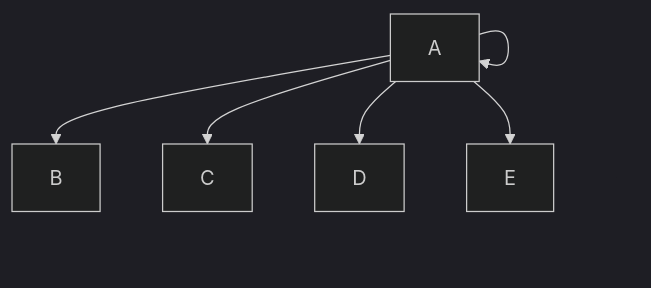
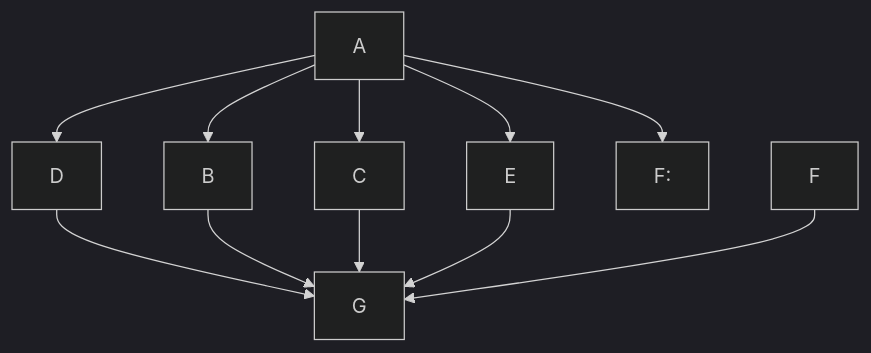
Before and after one commit to Thesacraft/Time: the diagram in docs/TODOLIST.md, drawn with Mermaid (dark theme).

````diff
--- a/docs/TODOLIST.md
+++ b/docs/TODOLIST.md
@@ -17,15 +17,13 @@
 ```mermaid
 graph TD;
     A-->B;
     A-->C;
     A-->D;
     A-->E;
-    A-->A;
-    A-->A;
-    A-->A;
-    A-->A;
-    A-->A;
-    A-->A;
-    A-->A;
-    A-->A;
+    A-->F:
+    D-->G;
+    B-->G;
+    C-->G;
+    E-->G;
+    F-->G;
  ```
````
